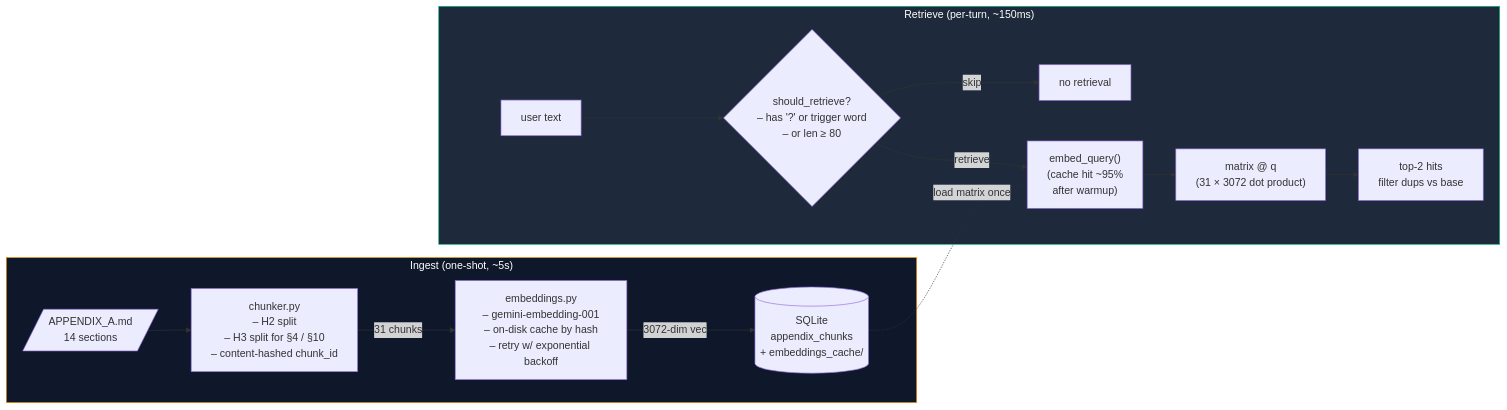
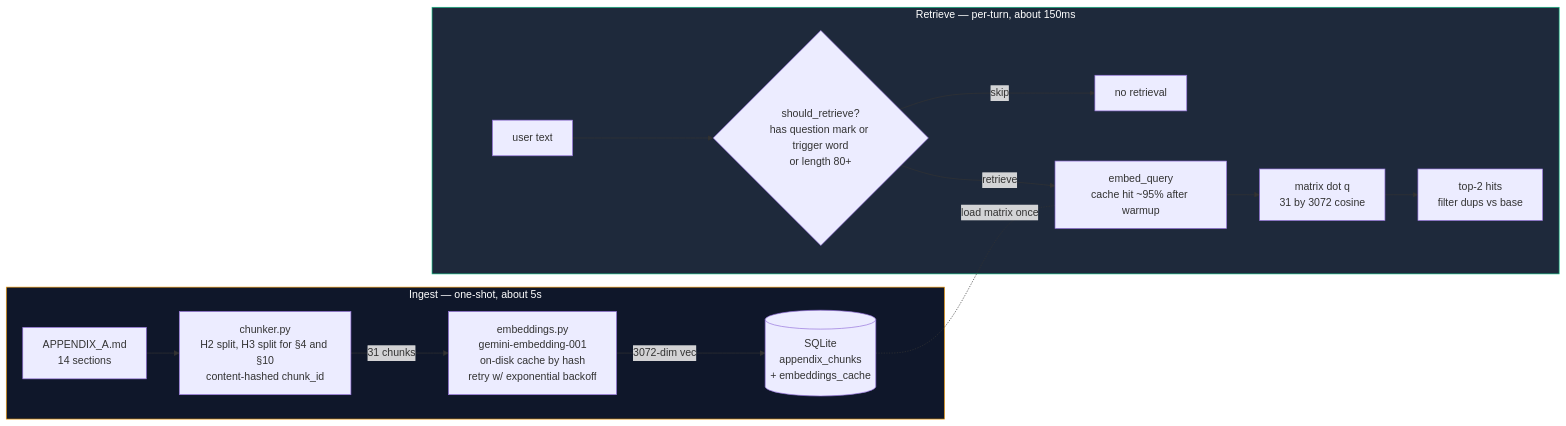
One commit to AmanG-04/rupeezy-voice-agent changed the eighth of 10 diagrams in ARCHITECTURE.md. Above: the diagram before and after it, drawn with Mermaid. The commit also changed other lines of this file, not shown here.

First line of the commit message:
docs: fix Mermaid render errors in ARCHITECTURE.md

````diff
--- a/ARCHITECTURE.md
+++ b/ARCHITECTURE.md
@@ -432,29 +433,29 @@
 ```mermaid
 flowchart LR
-    subgraph Ingest["Ingest (one-shot, ~5s)"]
-        MD[/"APPENDIX_A.md<br/>14 sections"/]
-        Chunker["chunker.py<br/>– H2 split<br/>– H3 split for §4 / §10<br/>– content-hashed chunk_id"]
-        EmbedClient["embeddings.py<br/>– gemini-embedding-001<br/>– on-disk cache by hash<br/>– retry w/ exponential backoff"]
-        Store[(SQLite<br/>appendix_chunks<br/>+ embeddings_cache/)]
+    subgraph Ingest["Ingest — one-shot, about 5s"]
+        MD["APPENDIX_A.md<br/>14 sections"]
+        Chunker["chunker.py<br/>H2 split, H3 split for §4 and §10<br/>content-hashed chunk_id"]
+        EmbedClient["embeddings.py<br/>gemini-embedding-001<br/>on-disk cache by hash<br/>retry w/ exponential backoff"]
+        Store[("SQLite<br/>appendix_chunks<br/>+ embeddings_cache")]
         MD --> Chunker
         Chunker -->|31 chunks| EmbedClient
         EmbedClient -->|3072-dim vec| Store
     end
 
-    subgraph Retrieve["Retrieve (per-turn, ~150ms)"]
+    subgraph Retrieve["Retrieve — per-turn, about 150ms"]
         Query["user text"]
-        ShortCircuit{should_retrieve?<br/>– has '?' or trigger word<br/>– or len ≥ 80}
-        QueryEmbed["embed_query()<br/>(cache hit ~95%<br/>after warmup)"]
-        Cosine["matrix @ q<br/>(31 × 3072 dot product)"]
+        ShortCircuit{"should_retrieve?<br/>has question mark or trigger word<br/>or length 80+"}
+        QueryEmbed["embed_query<br/>cache hit ~95% after warmup"]
+        Cosine["matrix dot q<br/>31 by 3072 cosine"]
         TopK["top-2 hits<br/>filter dups vs base"]
         Query --> ShortCircuit
         ShortCircuit -->|skip| Done["no retrieval"]
         ShortCircuit -->|retrieve| QueryEmbed
         Store -.load matrix once.- QueryEmbed
         QueryEmbed --> Cosine
         Cosine --> TopK
     end
 
     style Ingest fill:#0F172A,stroke:#F59E0B,color:#fff
     style Retrieve fill:#1E293B,stroke:#10B981,color:#fff
 ```
````
